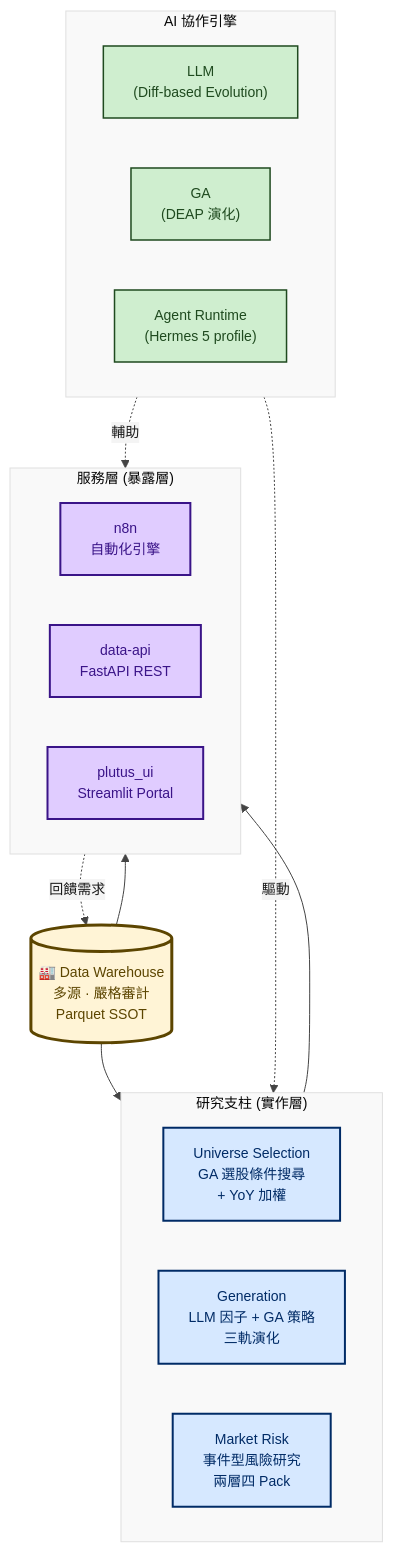
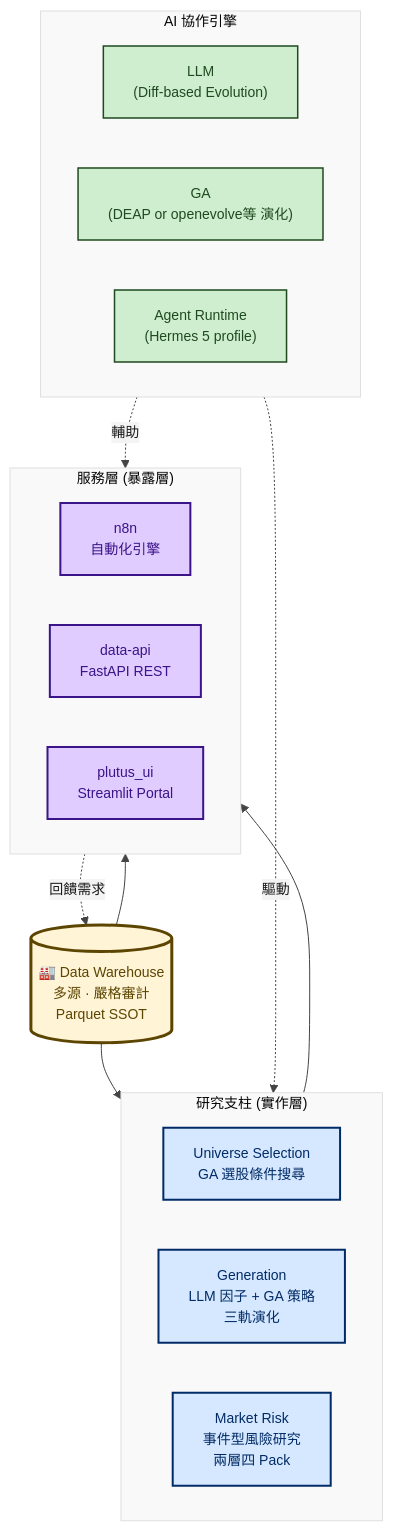
The diagram in README.md (Jang-jhih/quant-interview-prep), drawn with Mermaid before and after one commit. The commit also changed other lines of this file and 10 other files, not shown here.

````diff
--- a/README.md
+++ b/README.md
@@ -53,38 +47,38 @@
 ```mermaid
 %%{init: {'theme':'base', 'themeVariables': {'primaryColor':'#ececec','primaryTextColor':'#1a1a1a','primaryBorderColor':'#555555','lineColor':'#444444','secondaryColor':'#f4f4f4','fontSize':'14px'}}}%%
 flowchart TB
     classDef core fill:#fff4d6,stroke:#5c4500,stroke-width:3px,color:#5c4500
     classDef research fill:#d6e8ff,stroke:#002b66,stroke-width:2px,color:#002b66
     classDef expose fill:#e0ccff,stroke:#3a1488,stroke-width:2px,color:#3a1488
     classDef ai fill:#cfeecf,stroke:#1f4a1f,stroke-width:1.5px,color:#1f4a1f
 
     WH[("🏭 Data Warehouse<br/>多源 · 嚴格審計<br/>Parquet SSOT")]:::core
 
     subgraph AI["AI 協作引擎"]
         direction LR
         LLM["LLM<br/>(Diff-based Evolution)"]:::ai
-        GA["GA<br/>(DEAP 演化)"]:::ai
+        GA["GA<br/>(DEAP or openevolve等 演化)"]:::ai
         HERMES["Agent Runtime<br/>(Hermes 5 profile)"]:::ai
     end
 
     subgraph RS["研究支柱 (實作層)"]
         direction LR
-        UNI["Universe Selection<br/>GA 選股條件搜尋<br/>+ YoY 加權"]:::research
+        UNI["Universe Selection<br/>GA 選股條件搜尋<br/>"]:::research
         GEN["Generation<br/>LLM 因子 + GA 策略<br/>三軌演化"]:::research
         RISK["Market Risk<br/>事件型風險研究<br/>兩層四 Pack"]:::research
     end
 
     subgraph SV["服務層 (暴露層)"]
         direction LR
         N8N["n8n<br/>自動化引擎"]:::expose
         API["data-api<br/>FastAPI REST"]:::expose
         UI["plutus_ui<br/>Streamlit Portal"]:::expose
     end
 
     WH --> RS
     WH --> SV
     AI -.驅動.-> RS
     AI -.輔助.-> SV
     RS --> SV
     SV -.回饋需求.-> WH
 ```
````
